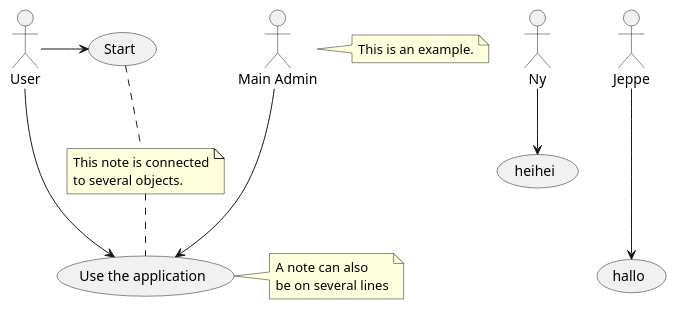
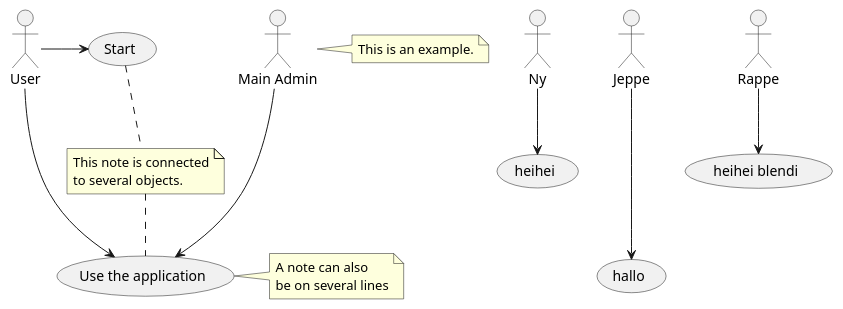
The diagram in usecase.puml (SetGruppe6/diagrammer), drawn with PlantUML before and after one commit.

```diff
--- a/usecase.puml
+++ b/usecase.puml
@@ -1,26 +1,27 @@
 @startuml
 :Main Admin: as Admin
 (Use the application) as (Use)
 
 User -> (Start)
 User --> (Use)
 
 Admin ---> (Use)
 
 
 Ny--> (heihei)
 Jeppe---> (hallo)
+Rappe --> (heihei blendi)
 
 
 
 note right of Admin : This is an example.
 
 note right of (Use)
 A note can also
 be on several lines
 end note
 
 note "This note is connected\nto several objects." as N2
 (Start) .. N2
 N2 .. (Use)
 @enduml
```
